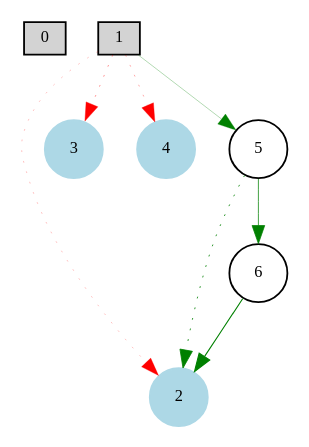
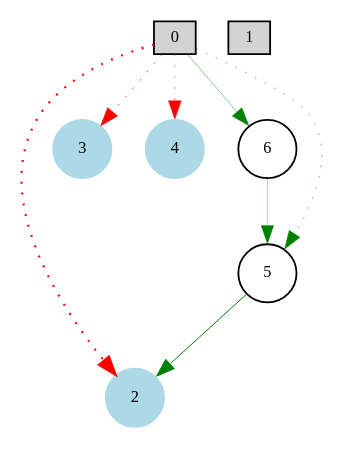
One commit to BVezilic/Neuronske-Mreze changed the diagram in AutonomniAutomobil/ann/car-all.gv. Above: the diagram before and after it, drawn with Graphviz. The commit also changed 8 other files, not shown here.

```diff
--- a/AutonomniAutomobil/ann/car-all.gv
+++ b/AutonomniAutomobil/ann/car-all.gv
@@ -1,15 +1,15 @@
 digraph {
 	node [fontsize=9 height=0.2 shape=circle width=0.2]
 		0 [shape=box style=filled]
 		1 [shape=box style=filled]
 		2 [color=lightblue style=filled]
 		3 [color=lightblue style=filled]
 		4 [color=lightblue style=filled]
-			1 -> 2 [color=red penwidth=0.14304513794 style=dotted]
-			1 -> 3 [color=red penwidth=0.229340038418 style=dotted]
-			5 -> 6 [color=green penwidth=0.411168732127 style=solid]
-			1 -> 4 [color=red penwidth=0.187459333546 style=dotted]
-			1 -> 5 [color=green penwidth=0.170675846946 style=solid]
-			6 -> 2 [color=green penwidth=0.611510822435 style=solid]
-			5 -> 2 [color=green penwidth=0.453190187363 style=dotted]
+			0 -> 6 [color=green penwidth=0.253553853969 style=solid]
+			0 -> 5 [color=green penwidth=0.297762929057 style=dotted]
+			0 -> 4 [color=red penwidth=0.317863142044 style=dotted]
+			0 -> 3 [color=red penwidth=0.424855661234 style=dotted]
+			5 -> 2 [color=green penwidth=0.541502080456 style=solid]
+			0 -> 2 [color=red penwidth=1.26663992436 style=dotted]
+			6 -> 5 [color=green penwidth=0.180649703115 style=solid]
 }
```
